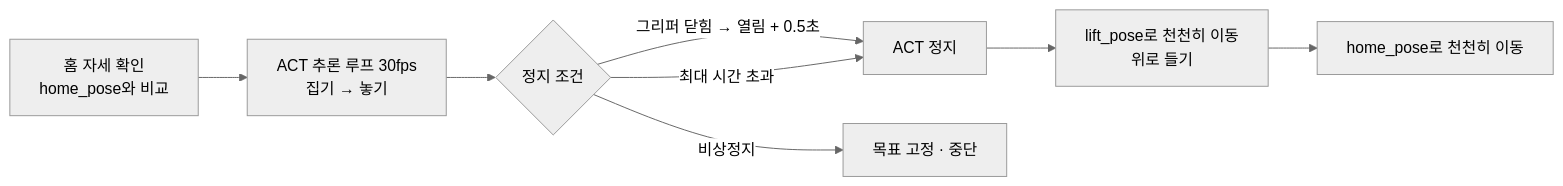
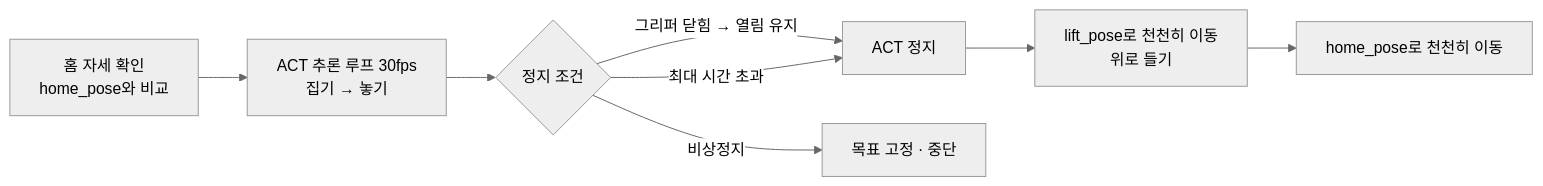
One commit to ttogle918/intel-openvino-homerunball changed the second of 5 diagrams in docs/ARCHITECTURE.md. Above: the diagram before and after it, drawn with Mermaid (neutral theme). The commit also changed other lines of this file and 5 other files, not shown here.

````diff
--- a/docs/ARCHITECTURE.md
+++ b/docs/ARCHITECTURE.md
@@ -59,10 +59,10 @@
 ```mermaid
 flowchart LR
     A["홈 자세 확인<br/>home_pose와 비교"] --> B["ACT 추론 루프 30fps<br/>집기 → 놓기"]
     B --> C{"정지 조건"}
-    C -->|"그리퍼 닫힘 → 열림 + 0.5초"| D["ACT 정지"]
+    C -->|"그리퍼 닫힘 → 열림 유지"| D["ACT 정지"]
     C -->|"최대 시간 초과"| D
     C -->|"비상정지"| X["목표 고정 · 중단"]
     D --> E["lift_pose로 천천히 이동<br/>위로 들기"]
     E --> F["home_pose로 천천히 이동"]
 ```
````
